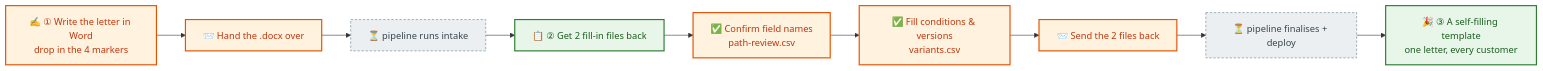
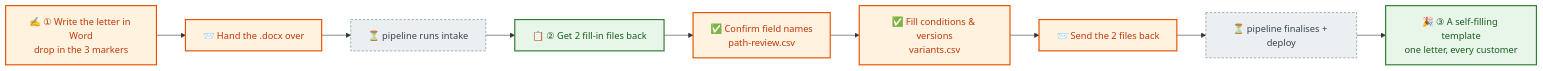
Before and after one commit to joshlawrence-web/socotra-document-conversion: the second of 4 diagrams in docs/pipeline-dataflow.md, drawn with Mermaid. The commit also changed other lines of this file and 59 other files, not shown here.

````diff
--- a/docs/pipeline-dataflow.md
+++ b/docs/pipeline-dataflow.md
@@ -59,18 +59,18 @@
 ```mermaid
 flowchart LR
     classDef do fill:#fff3e0,stroke:#e65100,color:#bf360c,stroke-width:2px;
     classDef get fill:#e8f5e9,stroke:#2e7d32,color:#1b5e20,stroke-width:2px;
     classDef wait fill:#eceff1,stroke:#607d8b,color:#37474f,stroke-dasharray:4 3;
 
-    A["✍️ ① Write the letter in Word<br/>drop in the 4 markers"]:::do
+    A["✍️ ① Write the letter in Word<br/>drop in the 3 markers"]:::do
     B["📨 Hand the .docx over"]:::do
     W1["⏳ pipeline runs intake"]:::wait
     C["📋 ② Get 2 fill-in files back"]:::get
     D["✅ Confirm field names<br/>path-review.csv"]:::do
     E["✅ Fill conditions & versions<br/>variants.csv"]:::do
     F["📨 Send the 2 files back"]:::do
     W2["⏳ pipeline finalises + deploy"]:::wait
     G["🎉 ③ A self-filling template<br/>one letter, every customer"]:::get
 
     A --> B --> W1 --> C --> D --> E --> F --> W2 --> G
 ```
````
